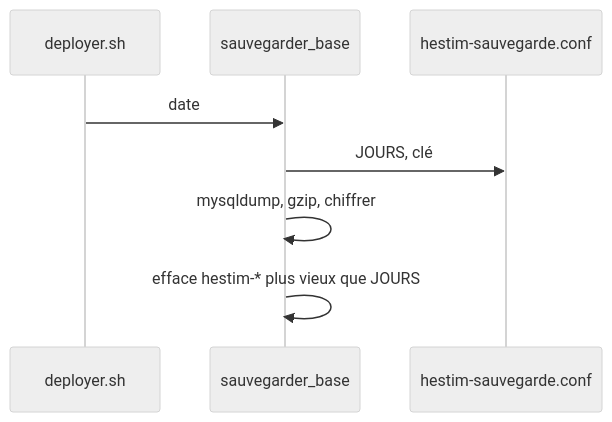
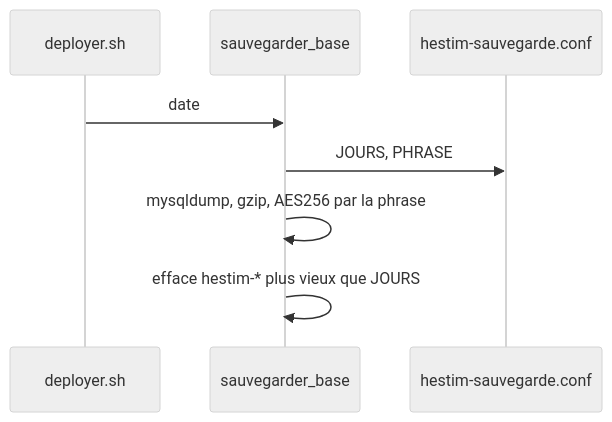
One commit to Claude20022002/Planner changed the diagram in docs/conception/exploitation/fix-exp-purge-dumps.md. Above: the diagram before and after it, drawn with Mermaid (neutral theme). The commit also changed other lines of this file, not shown here.

Commit message:
REL-03 : le chef valide le plan, chiffrement du dump par la phrase.

````diff
--- a/docs/conception/exploitation/fix-exp-purge-dumps.md
+++ b/docs/conception/exploitation/fix-exp-purge-dumps.md
@@ -42,10 +46,10 @@
 ```mermaid
 sequenceDiagram
     participant Deployer as deployer.sh
     participant Base as sauvegarder_base
     participant Conf as hestim-sauvegarde.conf
     Deployer->>Base: date
-    Base->>Conf: JOURS, clé
-    Base->>Base: mysqldump, gzip, chiffrer
+    Base->>Conf: JOURS, PHRASE
+    Base->>Base: mysqldump, gzip, AES256 par la phrase
     Base->>Base: efface hestim-* plus vieux que JOURS
 ```
````
